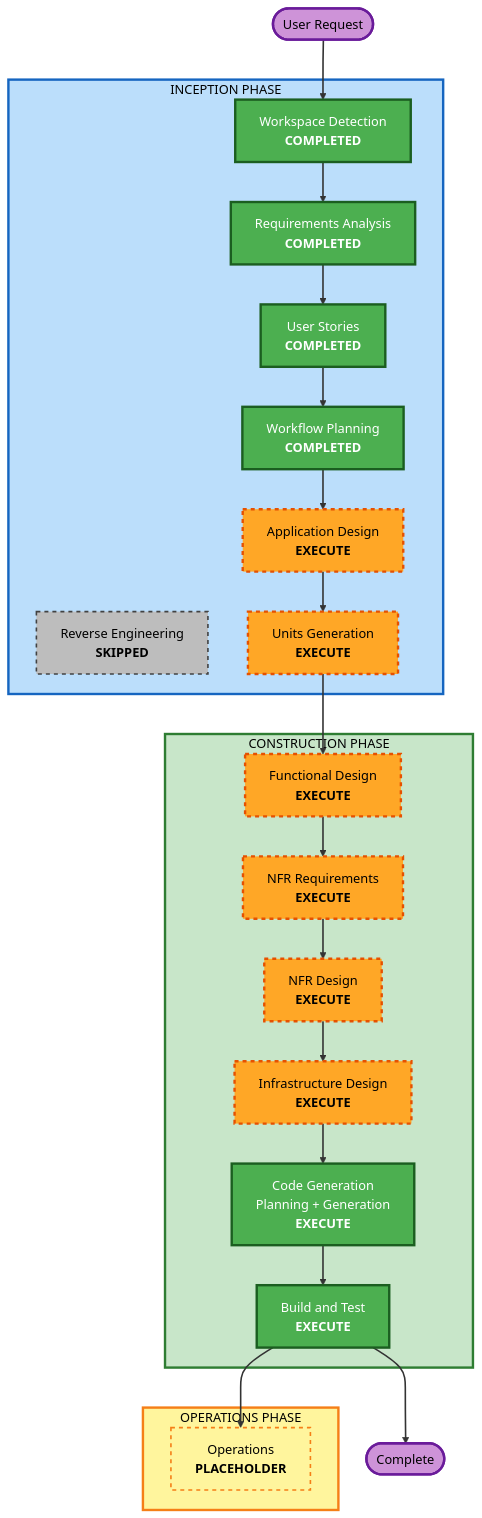
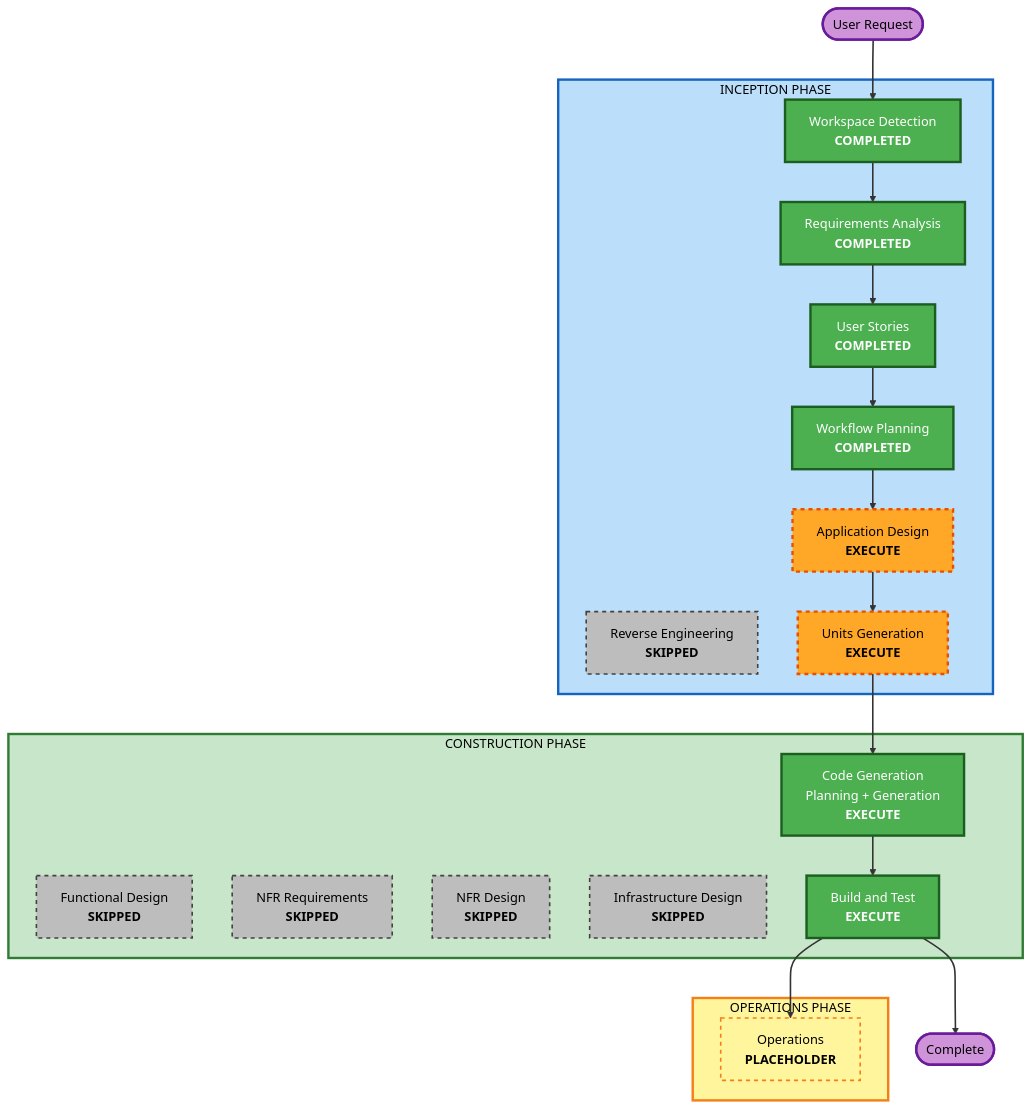
One commit to Emillock/kiro-dashboard changed the diagram in aidlc-docs/inception/plans/execution-plan.md. Above: the diagram before and after it, drawn with Mermaid. The commit also changed other lines of this file and 2 other files, not shown here.

First line of the commit message:
docs(inception): revise workflow plan - skip 4 construction design stages

````diff
--- a/aidlc-docs/inception/plans/execution-plan.md
+++ b/aidlc-docs/inception/plans/execution-plan.md
@@ -30,64 +30,60 @@
 ```mermaid
 flowchart TD
     Start(["User Request"])
 
     subgraph INCEPTION["INCEPTION PHASE"]
         WD["Workspace Detection<br/><b>COMPLETED</b>"]
         RE["Reverse Engineering<br/><b>SKIPPED</b>"]
         RA["Requirements Analysis<br/><b>COMPLETED</b>"]
         US["User Stories<br/><b>COMPLETED</b>"]
         WP["Workflow Planning<br/><b>COMPLETED</b>"]
         AD["Application Design<br/><b>EXECUTE</b>"]
         UG["Units Generation<br/><b>EXECUTE</b>"]
     end
 
     subgraph CONSTRUCTION["CONSTRUCTION PHASE"]
-        FD["Functional Design<br/><b>EXECUTE</b>"]
-        NFRA["NFR Requirements<br/><b>EXECUTE</b>"]
-        NFRD["NFR Design<br/><b>EXECUTE</b>"]
-        ID["Infrastructure Design<br/><b>EXECUTE</b>"]
+        FD["Functional Design<br/><b>SKIPPED</b>"]
+        NFRA["NFR Requirements<br/><b>SKIPPED</b>"]
+        NFRD["NFR Design<br/><b>SKIPPED</b>"]
+        ID["Infrastructure Design<br/><b>SKIPPED</b>"]
         CG["Code Generation<br/>Planning + Generation<br/><b>EXECUTE</b>"]
         BT["Build and Test<br/><b>EXECUTE</b>"]
     end
 
     subgraph OPERATIONS["OPERATIONS PHASE"]
         OPS["Operations<br/><b>PLACEHOLDER</b>"]
     end
 
     Start --> WD
     WD --> RA
     RA --> US
     US --> WP
     WP --> AD
     AD --> UG
-    UG --> FD
-    FD --> NFRA
-    NFRA --> NFRD
-    NFRD --> ID
-    ID --> CG
+    UG --> CG
     CG --> BT
     BT --> OPS
     BT --> End(["Complete"])
 
     style WD fill:#4CAF50,stroke:#1B5E20,stroke-width:3px,color:#fff
     style RA fill:#4CAF50,stroke:#1B5E20,stroke-width:3px,color:#fff
     style US fill:#4CAF50,stroke:#1B5E20,stroke-width:3px,color:#fff
     style WP fill:#4CAF50,stroke:#1B5E20,stroke-width:3px,color:#fff
     style CG fill:#4CAF50,stroke:#1B5E20,stroke-width:3px,color:#fff
     style BT fill:#4CAF50,stroke:#1B5E20,stroke-width:3px,color:#fff
     style RE fill:#BDBDBD,stroke:#424242,stroke-width:2px,stroke-dasharray: 5 5,color:#000
     style AD fill:#FFA726,stroke:#E65100,stroke-width:3px,stroke-dasharray: 5 5,color:#000
     style UG fill:#FFA726,stroke:#E65100,stroke-width:3px,stroke-dasharray: 5 5,color:#000
-    style FD fill:#FFA726,stroke:#E65100,stroke-width:3px,stroke-dasharray: 5 5,color:#000
-    style NFRA fill:#FFA726,stroke:#E65100,stroke-width:3px,stroke-dasharray: 5 5,color:#000
-    style NFRD fill:#FFA726,stroke:#E65100,stroke-width:3px,stroke-dasharray: 5 5,color:#000
-    style ID fill:#FFA726,stroke:#E65100,stroke-width:3px,stroke-dasharray: 5 5,color:#000
+    style FD fill:#BDBDBD,stroke:#424242,stroke-width:2px,stroke-dasharray: 5 5,color:#000
+    style NFRA fill:#BDBDBD,stroke:#424242,stroke-width:2px,stroke-dasharray: 5 5,color:#000
+    style NFRD fill:#BDBDBD,stroke:#424242,stroke-width:2px,stroke-dasharray: 5 5,color:#000
+    style ID fill:#BDBDBD,stroke:#424242,stroke-width:2px,stroke-dasharray: 5 5,color:#000
     style OPS fill:#FFF59D,stroke:#F57F17,stroke-width:2px,stroke-dasharray: 5 5,color:#000
     style INCEPTION fill:#BBDEFB,stroke:#1565C0,stroke-width:3px,color:#000
     style CONSTRUCTION fill:#C8E6C9,stroke:#2E7D32,stroke-width:3px,color:#000
     style OPERATIONS fill:#FFF59D,stroke:#F57F17,stroke-width:3px,color:#000
     style Start fill:#CE93D8,stroke:#6A1B9A,stroke-width:3px,color:#000
     style End fill:#CE93D8,stroke:#6A1B9A,stroke-width:3px,color:#000
 
     linkStyle default stroke:#333,stroke-width:2px
 ```
````
